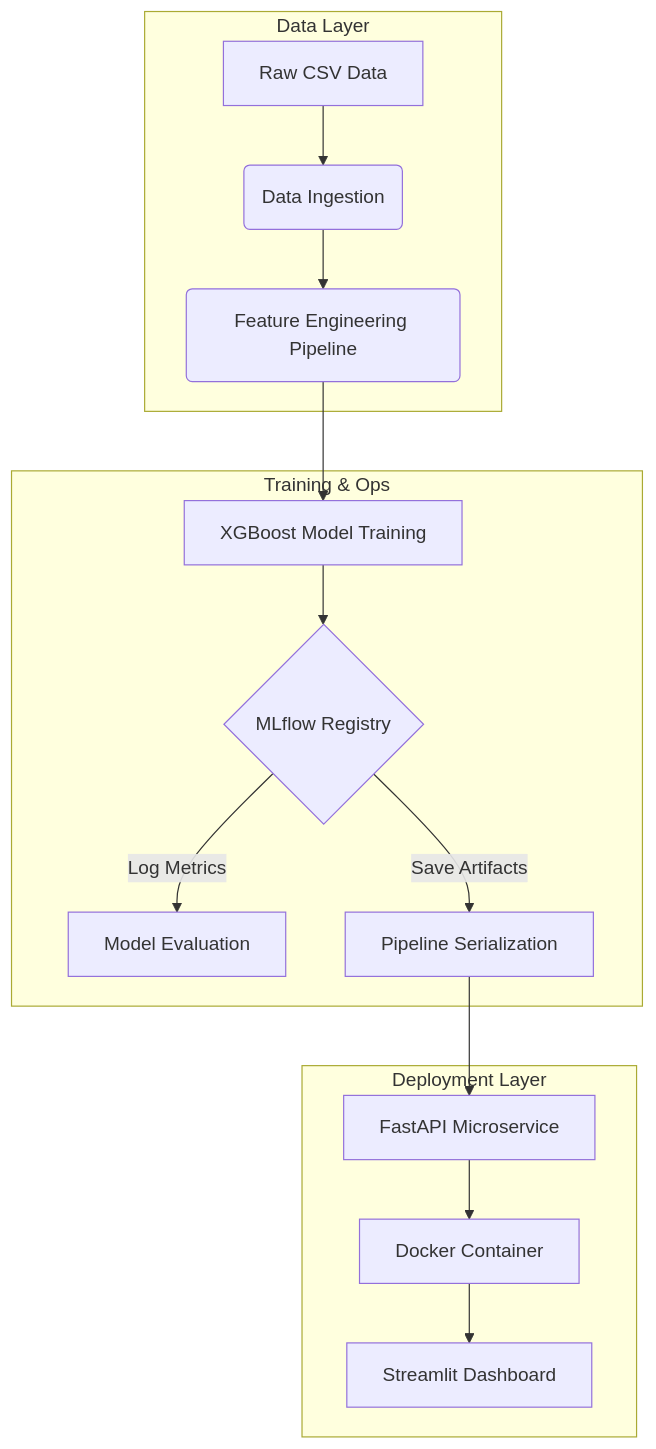
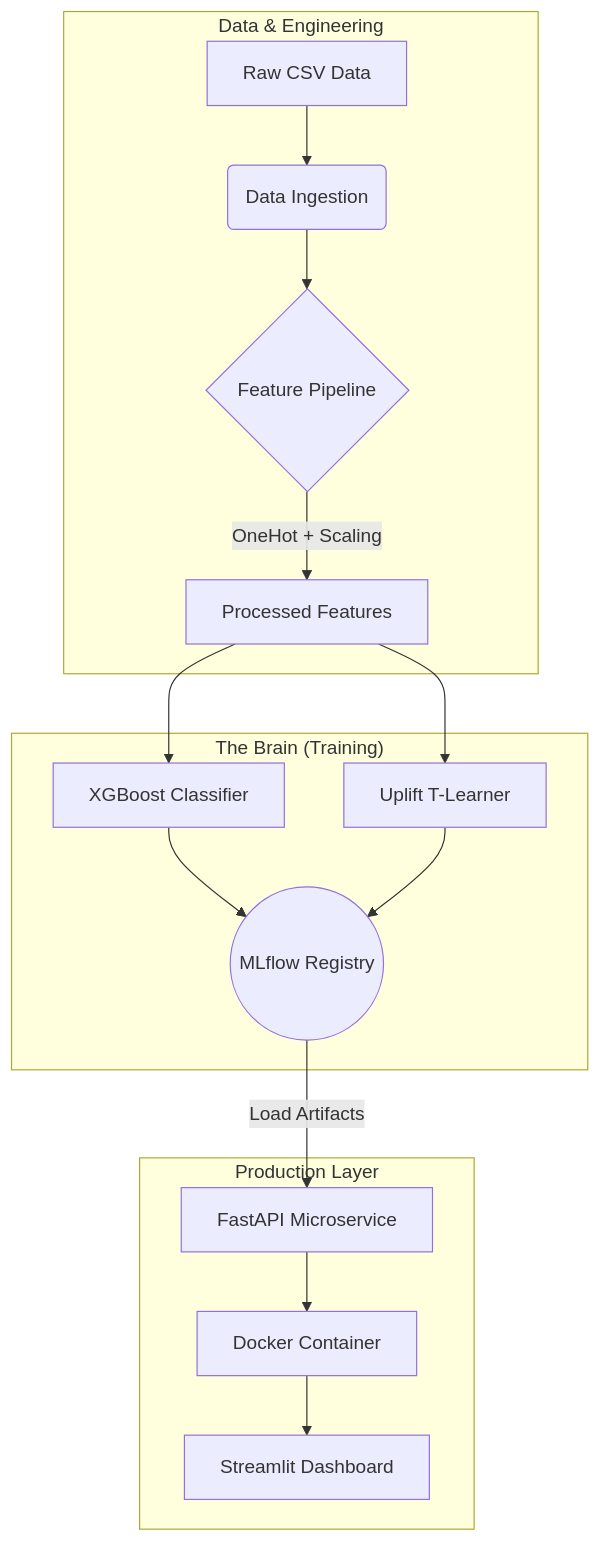
One commit to SalmaTech-03/RetainIQ changed the diagram in README.md. Above: the diagram before and after it, drawn with Mermaid. The commit also changed other lines of this file, not shown here.

````diff
--- a/README.md
+++ b/README.md
@@ -43,20 +36,21 @@
 ```mermaid
 graph TD
-    subgraph "Data Layer"
+    subgraph "Data & Engineering"
     A[Raw CSV Data] --> B(Data Ingestion)
-    B --> C(Feature Engineering Pipeline)
+    B --> C{Feature Pipeline}
+    C -->|OneHot + Scaling| D[Processed Features]
     end
 
-    subgraph "Training & Ops"
-    C --> D[XGBoost Model Training]
-    D --> E{MLflow Registry}
-    E -->|Log Metrics| F[Model Evaluation]
-    E -->|Save Artifacts| G[Pipeline Serialization]
+    subgraph "The Brain (Training)"
+    D --> E[XGBoost Classifier]
+    D --> F[Uplift T-Learner]
+    E --> G((MLflow Registry))
+    F --> G
     end
 
-    subgraph "Deployment Layer"
-    G --> H[FastAPI Microservice]
+    subgraph "Production Layer"
+    G -->|Load Artifacts| H[FastAPI Microservice]
     H --> I[Docker Container]
     I --> J[Streamlit Dashboard]
     end
 ```
````
